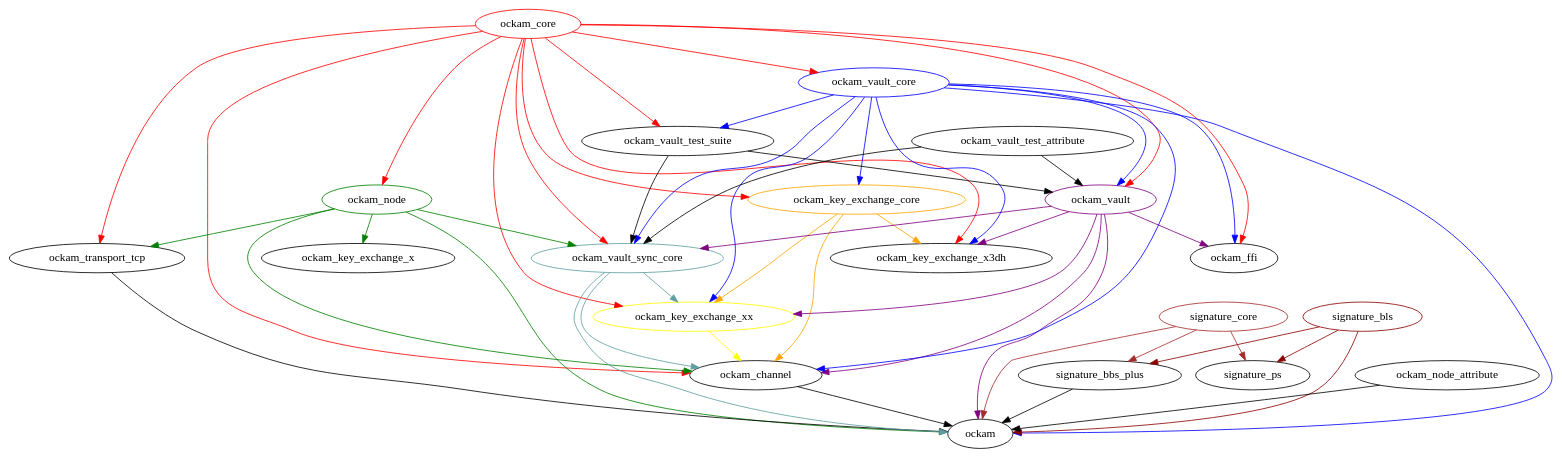
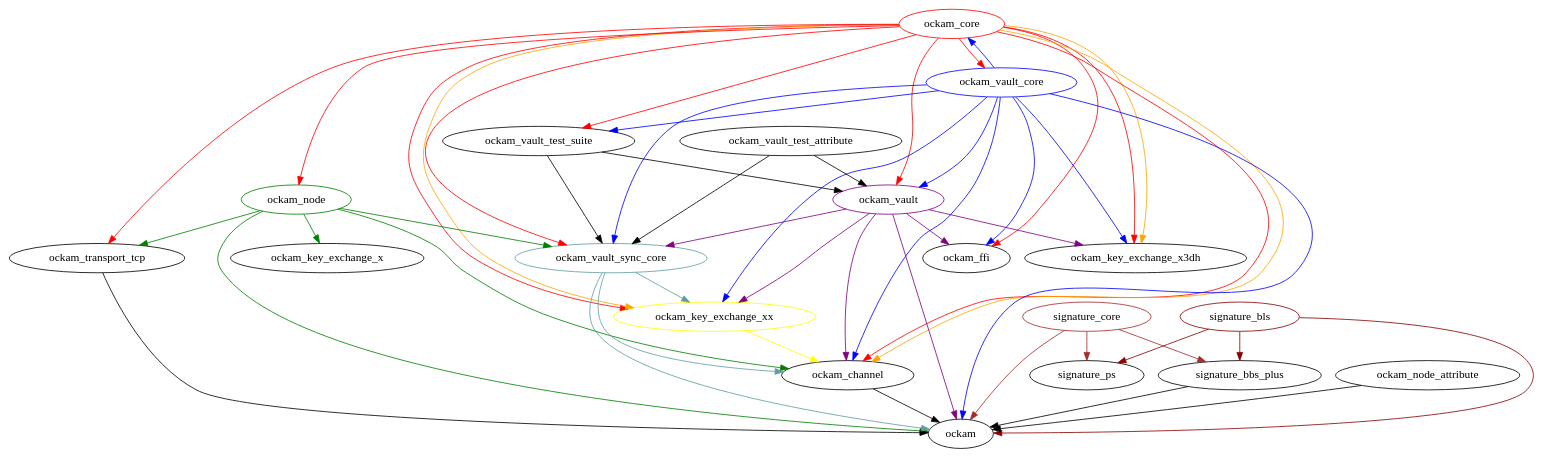
Before and after one commit to build-trust/ockam: the diagram in documentation/architecture/diagrams/ockam-crate-use.dot, drawn with Graphviz. The commit also changed 24 other files, not shown here.

Commit message:
refactor: inlined the ockam_key_exchange_core crate into the ockam_core crate

```diff
--- a/documentation/architecture/diagrams/ockam-crate-use.dot
+++ b/documentation/architecture/diagrams/ockam-crate-use.dot
@@ -1,82 +1,80 @@
 digraph {
 ockam_core [color=red];
 ockam_core -> ockam_ffi [color=red];
-ockam_core -> ockam_key_exchange_core [color=red];
 ockam_core -> ockam_key_exchange_x3dh [color=red];
 ockam_core -> ockam_key_exchange_xx [color=red];
 ockam_core -> ockam_channel [color=red];
 ockam_core -> ockam_node [color=red];
 ockam_core -> ockam_vault [color=red];
 ockam_core -> ockam_transport_tcp [color=red];
 ockam_core -> ockam_vault_core [color=red];
 ockam_core -> ockam_vault_sync_core [color=red];
 ockam_core -> ockam_vault_test_suite [color=red];
 
-ockam_key_exchange_core [color=orange];
-ockam_key_exchange_core  -> ockam_key_exchange_xx [color=orange];
-ockam_key_exchange_core  -> ockam_key_exchange_x3dh [color=orange];
-ockam_key_exchange_core -> ockam_channel [color=orange];
+ockam_core  -> ockam_key_exchange_xx [color=orange];
+ockam_core  -> ockam_key_exchange_x3dh [color=orange];
+ockam_core -> ockam_channel [color=orange];
 
 ockam_key_exchange_xx [color=yellow];
 ockam_key_exchange_xx -> ockam_channel [color=yellow];
 
 ockam_node [color=green];
 ockam_node -> ockam [color=green];
 ockam_node -> ockam_key_exchange_x [color=green];
 ockam_node -> ockam_channel [color=green];
 ockam_node -> ockam_transport_tcp [color=green];
 ockam_node -> ockam_vault_sync_core [color=green];
 
 ockam_vault_core [color=blue];
 ockam_vault_core -> ockam [color=blue];
 ockam_vault_core -> ockam_ffi [color=blue];
-ockam_vault_core -> ockam_key_exchange_core [color=blue];
+ockam_vault_core -> ockam_core [color=blue];
 ockam_vault_core  -> ockam_key_exchange_x3dh [color=blue];
 ockam_vault_core -> ockam_channel [color=blue];
 ockam_vault_core  -> ockam_key_exchange_xx [color=blue];
 ockam_vault_core -> ockam_vault [color=blue];
 ockam_vault_core -> ockam_vault_sync_core [color=blue];
 ockam_vault_core -> ockam_vault_test_suite [color=blue];
 
 
 ockam_vault_sync_core [color=cadetblue];
 ockam_vault_sync_core -> ockam [color=cadetblue];
 ockam_vault_sync_core -> ockam_key_exchange_xx [color=cadetblue];
 ockam_vault_sync_core -> ockam_channel [color=cadetblue];
 
 ockam_vault [color=purple];
 ockam_vault -> ockam [color=purple];
 ockam_vault -> ockam_ffi [color=purple];
 ockam_vault -> ockam_key_exchange_x3dh [color=purple];
 ockam_vault -> ockam_key_exchange_xx [color=purple];
 ockam_vault -> ockam_channel [color=purple];
 ockam_vault -> ockam_vault_sync_core [color=purple];
 
 signature_core [color=brown];
 signature_core -> ockam [color=brown];
 signature_core -> signature_bbs_plus [color=brown];
 signature_core -> signature_ps [color=brown];
 
 signature_bls [color=darkred];
 signature_bls -> signature_bbs_plus [color=darkred];
 signature_bls -> signature_ps [color=darkred];
 signature_bls -> ockam [color=darkred];
 
 ockam_vault_test_suite -> ockam_vault;
 ockam_vault_test_suite -> ockam_vault_sync_core;
 
 ockam_vault_test_attribute -> ockam_vault;
 ockam_vault_test_attribute -> ockam_vault_sync_core;
 
 
 
 ockam_node_attribute -> ockam;
 
 ockam_transport_tcp -> ockam;
 
 ockam_channel -> ockam;
 
 signature_bbs_plus -> ockam;
 
 
 }
```
